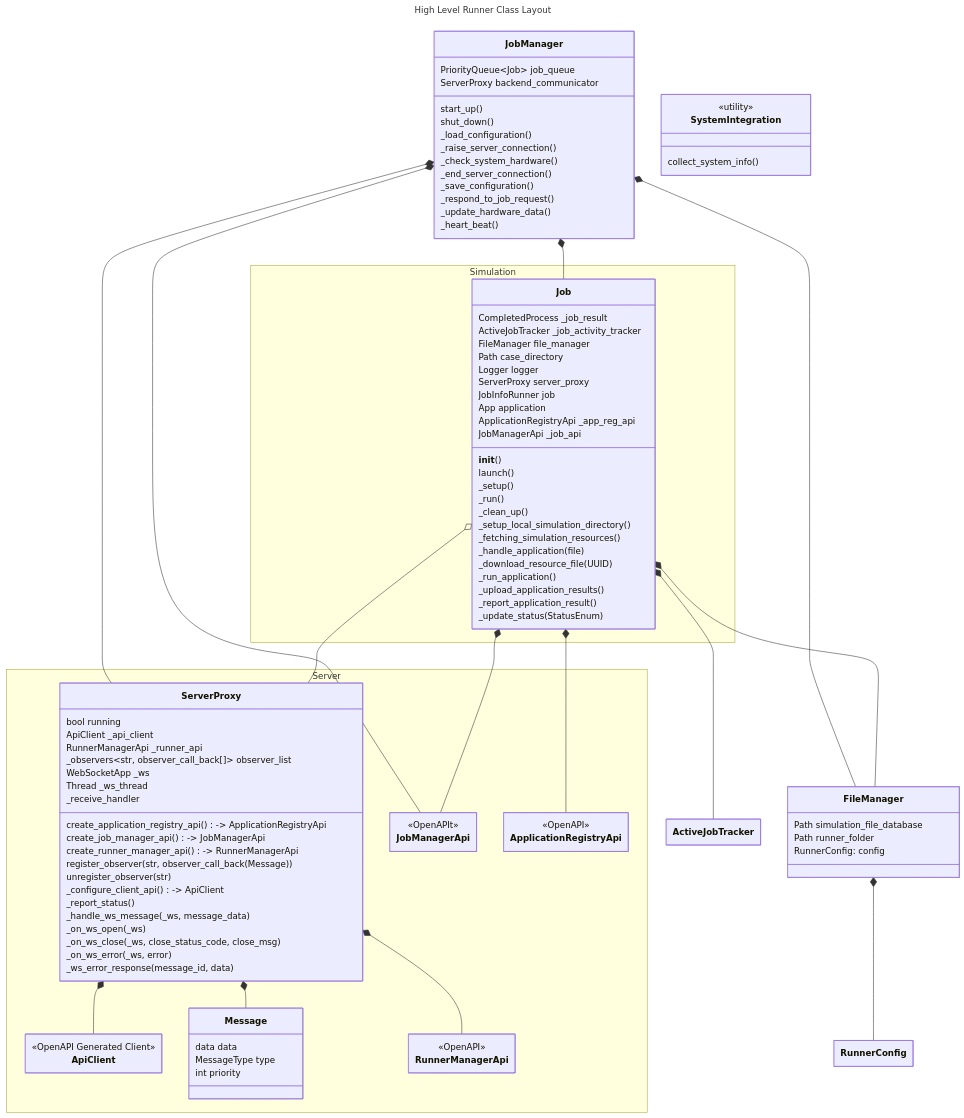
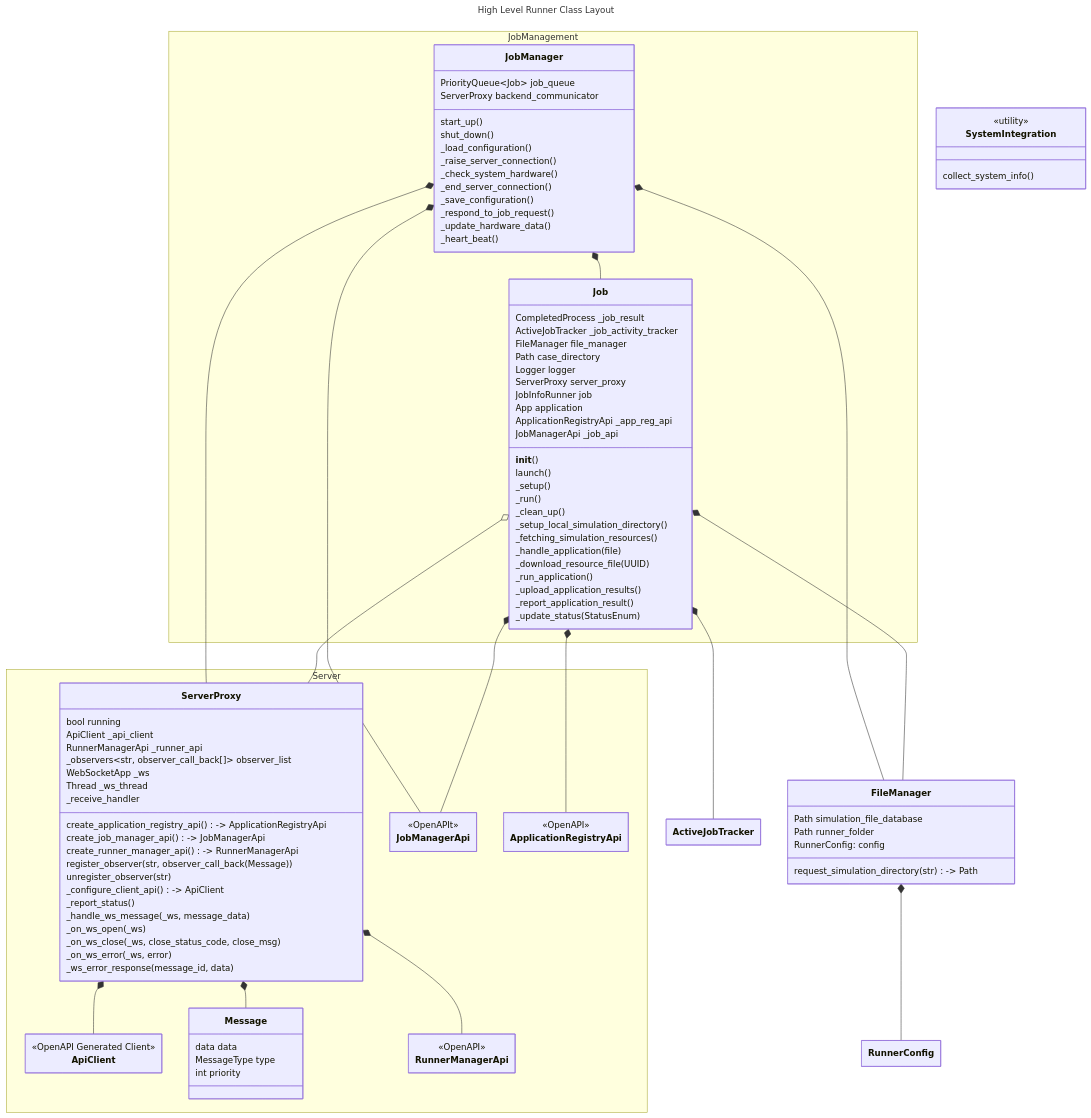
Before and after one commit to fyn-tech/fyn-runner: the diagram in docs/primary_design.md, drawn with Mermaid. The commit also changed 1 other file, not shown here.

Commit message:
- doc commented the request_simulation_directory for the file manager - further updates to doc's mermaid diagram.

```diff
--- a/docs/primary_design.md
+++ b/docs/primary_design.md
@@ -100,34 +100,35 @@
   FileManager *-- RunnerConfig
 
 
-  %% Classes
-  class JobManager {
-    %% FIXME: Hardware/system info stuff is not in the job manager.
-    %% Attributes:
-    PriorityQueue~Job~ job_queue
-    ServerProxy backend_communicator
+  namespace Job Management {
+    
+    %% Classes
+    class JobManager {
+      %% FIXME: Hardware/system info stuff is not in the job manager.
+      %% Attributes:
+      PriorityQueue~Job~ job_queue
+      ServerProxy backend_communicator
 
-    %% Methods:
-    %% public interface/facade:
-    start_up()
-    shut_down()
+      %% Methods:
+      %% public interface/facade:
+      start_up()
+      shut_down()
 
-    %% Startup procedures
-    _load_configuration()
-    _raise_server_connection()
-    _check_system_hardware()
+      %% Startup procedures
+      _load_configuration()
+      _raise_server_connection()
+      _check_system_hardware()
 
-    %% Startup procedures
-    _end_server_connection()
-    _save_configuration()
+      %% Startup procedures
+      _end_server_connection()
+      _save_configuration()
 
-    %% API communication (exc. sim file sync.)
-    _respond_to_job_request()
-    _update_hardware_data()
-    _heart_beat()
-  }
+      %% API communication (exc. sim file sync.)
+      _respond_to_job_request()
+      _update_hardware_data()
+      _heart_beat()
+    }
 
-  namespace Simulation {
 
     class Job {
       %% Attributes:
@@ -181,6 +182,8 @@
     Path simulation_file_database
     Path runner_folder
     RunnerConfig: config
+
+    request_simulation_directory(str) -> Path
   }
 
   namespace Server {
```
